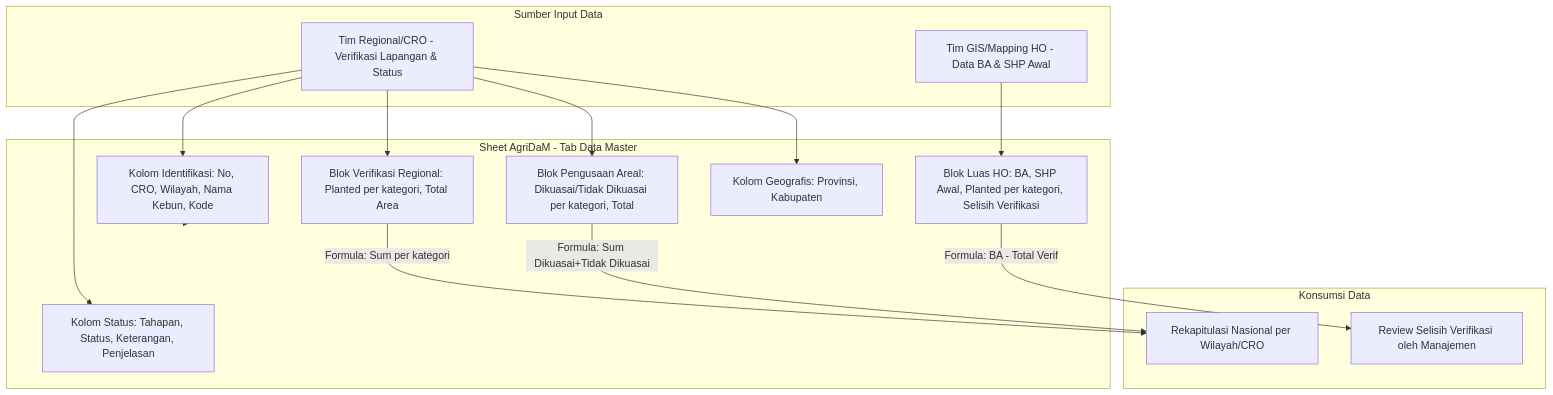
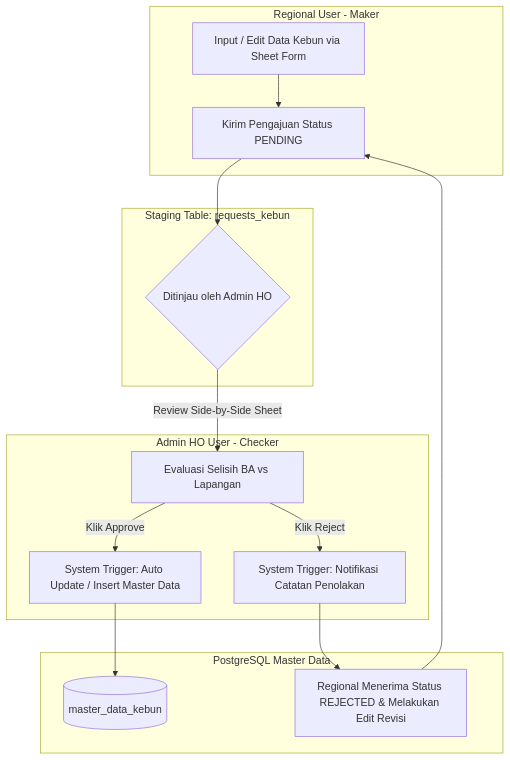
The diagram in PRD_AgriDaM.md (adminagripam-oss/AGRIDAM-V.2), drawn with Mermaid before and after one commit. The commit also changed other lines of this file, not shown here.

Commit message:
docs: update PRD_AgriDaM.md to V2 Web Application specs

````diff
--- a/PRD_AgriDaM.md
+++ b/PRD_AgriDaM.md
@@ -82,28 +35,22 @@
 ```mermaid
 graph TD
-    subgraph Input [Sumber Input Data]
-        HO[Tim GIS/Mapping HO - Data BA & SHP Awal]
-        REG[Tim Regional/CRO - Verifikasi Lapangan & Status]
+    subgraph Regional [Regional User - Maker]
+        A[Input / Edit Data Kebun via Sheet Form] --> B[Kirim Pengajuan Status PENDING]
     end
 
-    subgraph Sheet [Sheet AgriDaM - Tab Data Master]
-        IDENT[Kolom Identifikasi: No, CRO, Wilayah, Nama Kebun, Kode]
-        STAT[Kolom Status: Tahapan, Status, Keterangan, Penjelasan]
-        BLOK1[Blok Luas HO: BA, SHP Awal, Planted per kategori, Selisih Verifikasi]
-        BLOK2[Blok Verifikasi Regional: Planted per kategori, Total Area]
-        BLOK3[Blok Pengusaan Areal: Dikuasai/Tidak Dikuasai per kategori, Total]
-        GEO[Kolom Geografis: Provinsi, Kabupaten]
+    subgraph Staging [Staging Table: requests_kebun]
+        B --> C{Ditinjau oleh Admin HO}
     end
 
-    subgraph Output [Konsumsi Data]
-        REKAP[Rekapitulasi Nasional per Wilayah/CRO]
-        REVIEW[Review Selisih Verifikasi oleh Manajemen]
+    subgraph HeadOffice [Admin HO User - Checker]
+        C -->|Review Side-by-Side Sheet| D[Evaluasi Selisih BA vs Lapangan]
+        D -->|Klik Approve| E[System Trigger: Auto Update / Insert Master Data]
+        D -->|Klik Reject| F[System Trigger: Notifikasi Catatan Penolakan]
     end
 
-    HO --> BLOK1
-    REG --> IDENT & STAT & BLOK2 & BLOK3 & GEO
-    IDENT --> Sheet
-    BLOK1 -->|Formula: BA - Total Verif| REVIEW
-    BLOK2 -->|Formula: Sum per kategori| REKAP
-    BLOK3 -->|Formula: Sum Dikuasai+Tidak Dikuasai| REKAP
+    subgraph Database [PostgreSQL Master Data]
+        E --> G[(master_data_kebun)]
+        F --> H[Regional Menerima Status REJECTED & Melakukan Edit Revisi]
+        H --> B
+    end
 ```
````
